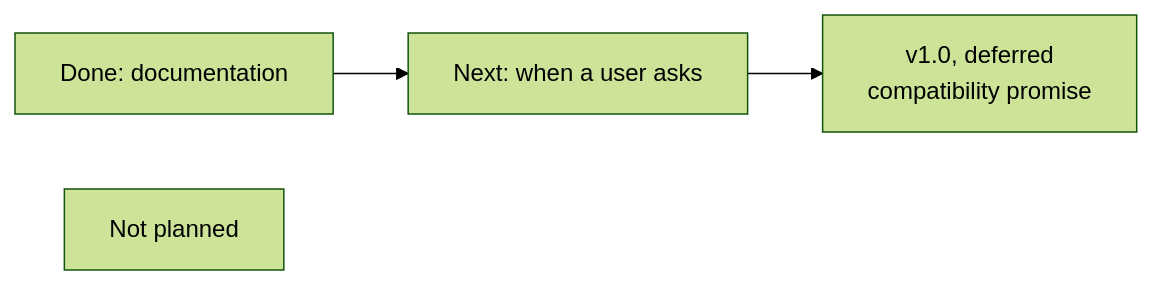
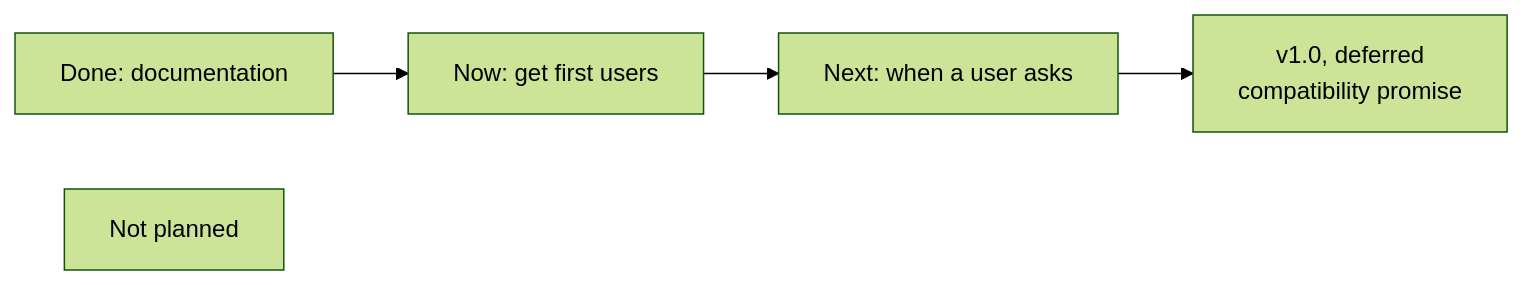
The diagram in docs/roadmap.md (nanmuyao-tools/pingmock), drawn with Mermaid (forest theme) before and after one commit. The commit also changed other lines of this file and 2 other files, not shown here.

First line of the commit message:
docs: re-prioritize the roadmap — distribution before any new feature

````diff
--- a/docs/roadmap.md
+++ b/docs/roadmap.md
@@ -28,6 +28,7 @@
 ```mermaid
 flowchart LR
-    A["Done: documentation"] --> C["Next: when a user asks"]
+    A["Done: documentation"] --> G["Now: get first users"]
+    G --> C["Next: when a user asks"]
     C --> B["v1.0, deferred<br/>compatibility promise"]
     N["Not planned"]
 ```
````
